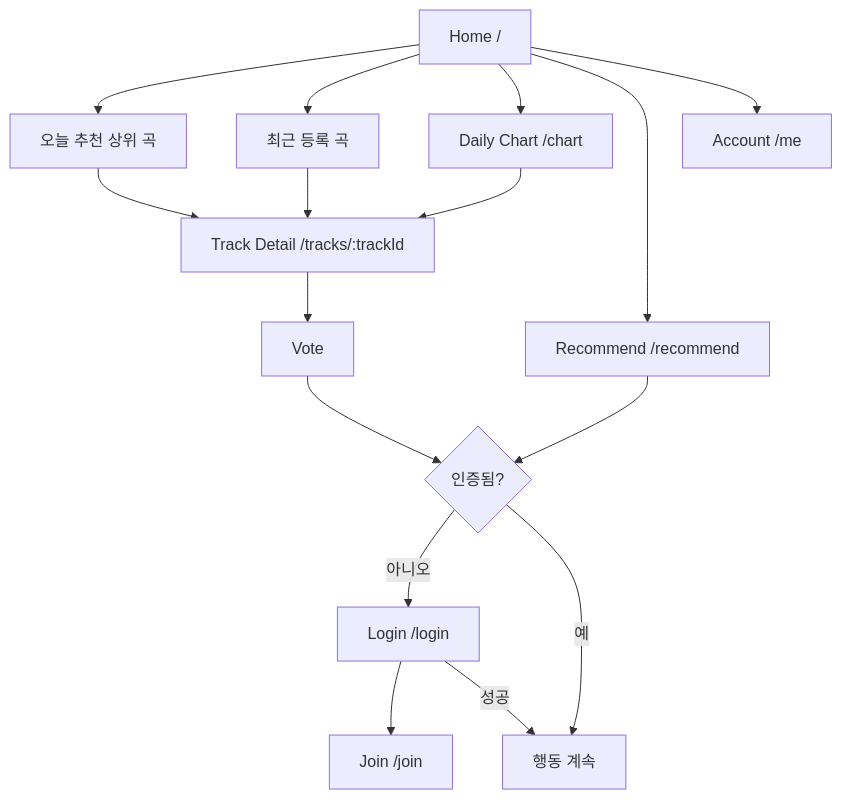
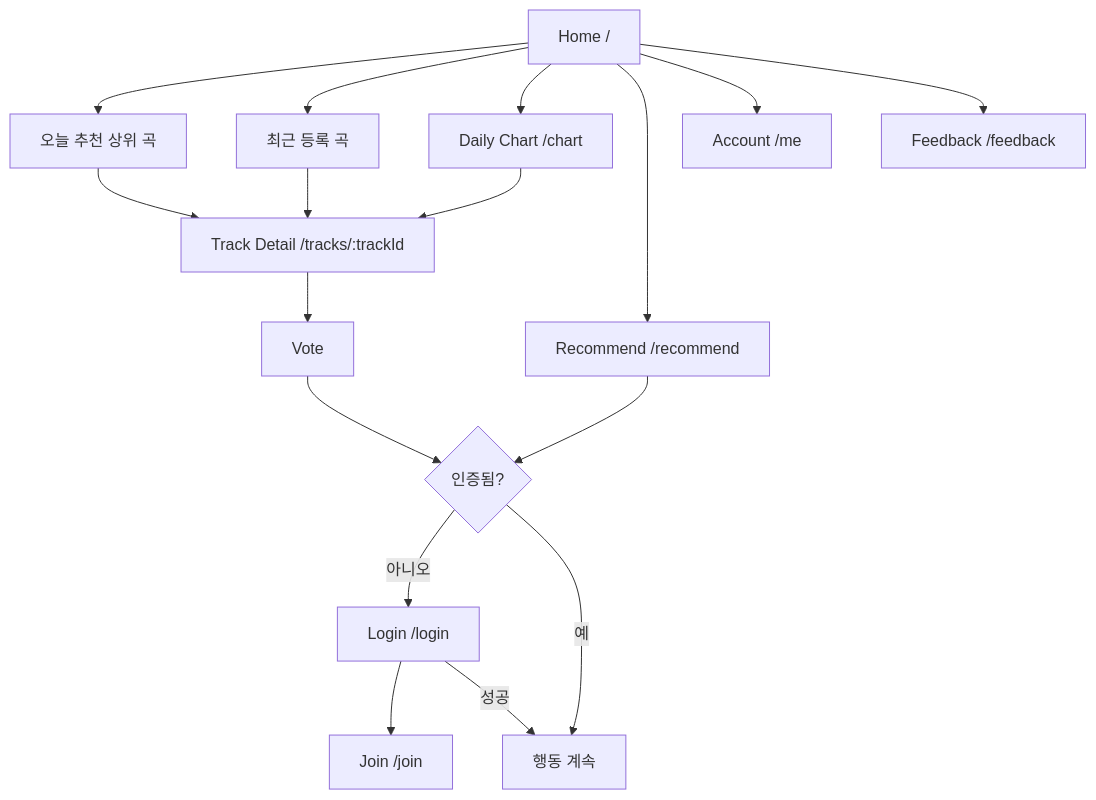
One commit to badim1235/TrackPick changed the first of 2 diagrams in docs/product/user-flows.md. Above: the diagram before and after it, drawn with Mermaid. The commit also changed other lines of this file and 62 other files, not shown here.

````diff
--- a/docs/product/user-flows.md
+++ b/docs/product/user-flows.md
@@ -43,18 +43,19 @@
 ```mermaid
 flowchart TD
     A["Home /"] --> B["오늘 추천 상위 곡"]
     A --> C["최근 등록 곡"]
     A --> D["Daily Chart /chart"]
     B --> E["Track Detail /tracks/:trackId"]
     C --> E
     D --> E
     E --> F["Vote"]
     A --> G["Recommend /recommend"]
     F --> H{"인증됨?"}
     G --> H
     H -->|아니오| I["Login /login"]
     I --> J["Join /join"]
     H -->|예| K["행동 계속"]
     I -->|성공| K
     A --> L["Account /me"]
+    A --> M["Feedback /feedback"]
 ```
````
